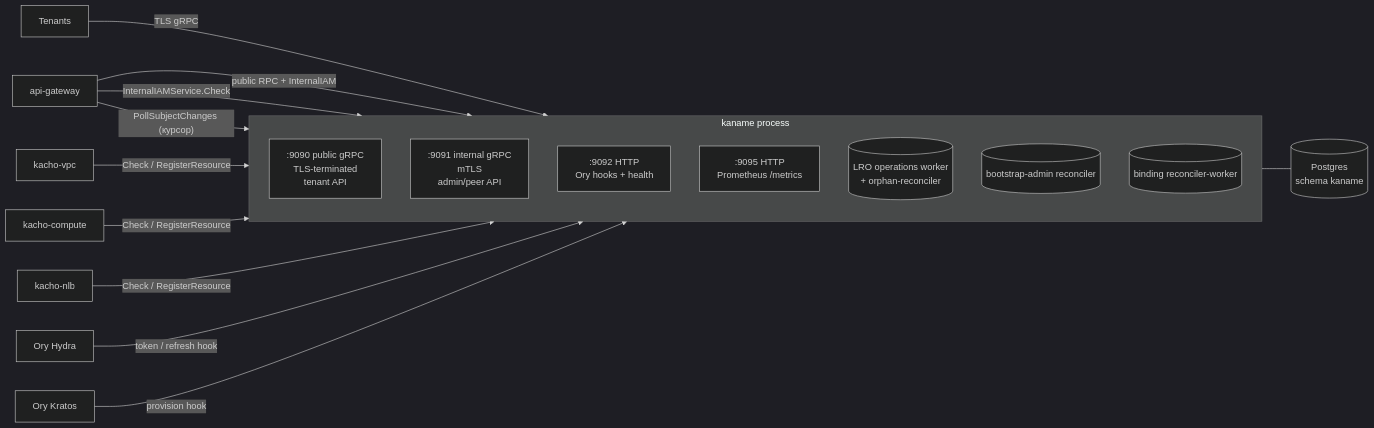
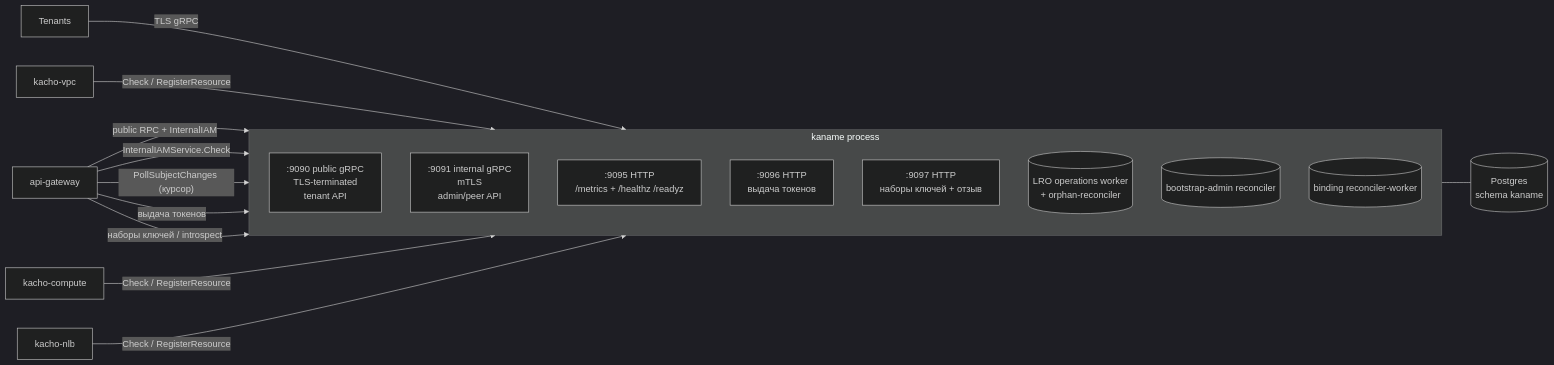
One commit to PRO-Robotech/kaname changed the first of 3 diagrams in docs/engineering/components/00-overview.md. Above: the diagram before and after it, drawn with Mermaid (dark theme). The commit also changed other lines of this file and 79 other files, not shown here.

````diff
--- a/docs/engineering/components/00-overview.md
+++ b/docs/engineering/components/00-overview.md
@@ -77,27 +79,28 @@
 ```mermaid
 flowchart LR
     subgraph iam[kaname process]
         direction TB
         gRPCpub[":9090 public gRPC<br/>TLS-terminated<br/>tenant API"]
         gRPCint[":9091 internal gRPC<br/>mTLS<br/>admin/peer API"]
-        hooks[":9092 HTTP<br/>Ory hooks + health"]
-        metrics[":9095 HTTP<br/>Prometheus /metrics"]
+        metrics[":9095 HTTP<br/>/metrics + /healthz /readyz"]
+        issuing[":9096 HTTP<br/>выдача токенов"]
+        keys[":9097 HTTP<br/>наборы ключей + отзыв"]
 
         lro[(LRO operations worker<br/>+ orphan-reconciler)]
         bootDr[(bootstrap-admin reconciler)]
         rsab[(binding reconciler-worker)]
     end
 
     Tenants -- TLS gRPC --> gRPCpub
     APIGW[api-gateway] -- public RPC + InternalIAM --> gRPCpub
     APIGW -- InternalIAMService.Check --> gRPCint
     APIGW -- PollSubjectChanges (курсор) --> gRPCint
     VPC[kacho-vpc] -- Check / RegisterResource --> gRPCint
     Compute[kacho-compute] -- Check / RegisterResource --> gRPCint
     NLB[kacho-nlb] -- Check / RegisterResource --> gRPCint
 
-    Hydra[Ory Hydra] -- token / refresh hook --> hooks
-    Kratos[Ory Kratos] -- provision hook --> hooks
+    APIGW -- выдача токенов --> issuing
+    APIGW -- наборы ключей / introspect --> keys
 
     iam --- Postgres[("Postgres<br/>schema kaname")]
 ```
````
